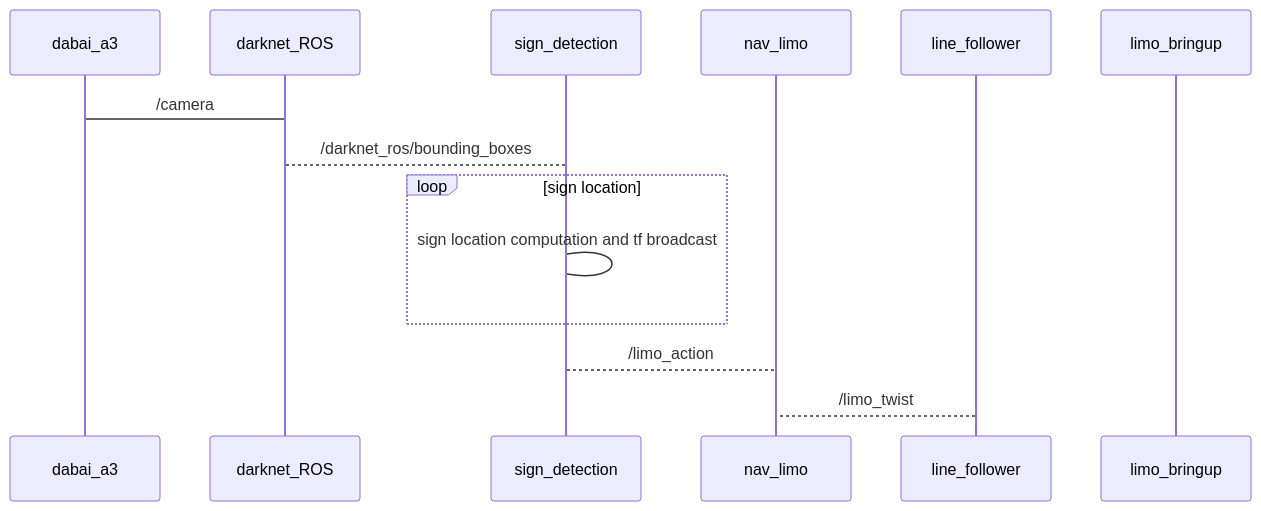
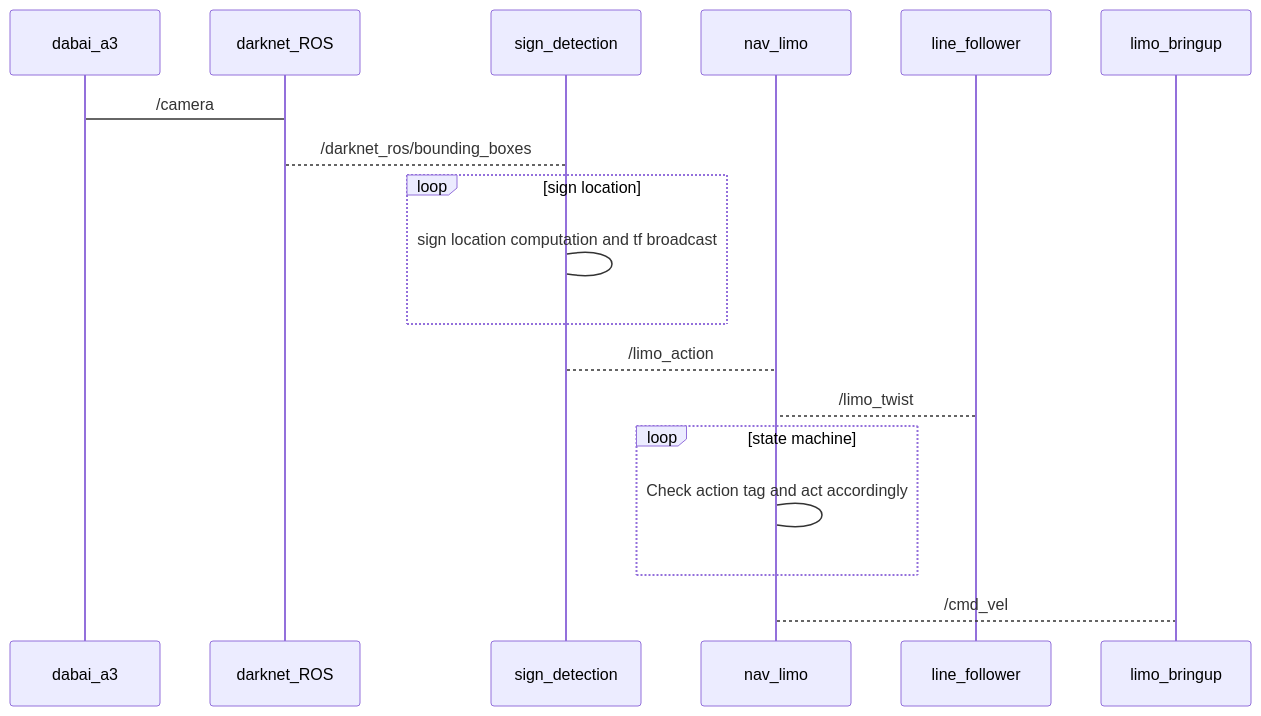
The fourth of 5 diagrams in README.md (idwessough/autonomous-driving), drawn with Mermaid before and after one commit. The commit also changed other lines of this file and 2 other files, not shown here.

````diff
--- a/README.md
+++ b/README.md
@@ -157,18 +157,20 @@
 ```mermaid
 sequenceDiagram
     participant dabai_a3
     participant darknet_ROS
     participant sign_detection
     participant nav_limo
     participant line_follower
     participant limo_bringup
     dabai_a3->darknet_ROS: /camera
     darknet_ROS-->sign_detection: /darknet_ros/bounding_boxes
     loop sign location
         sign_detection->sign_detection: sign location computation and tf broadcast
     end
     sign_detection-->nav_limo: /limo_action
-    line_follower-->nav_limo: /limo_twist 
-
-    
+    line_follower-->nav_limo: /limo_twist
+    loop state machine
+        nav_limo->nav_limo: Check action tag and act accordingly
+    end
+    nav_limo-->limo_bringup: /cmd_vel
 ```
````
